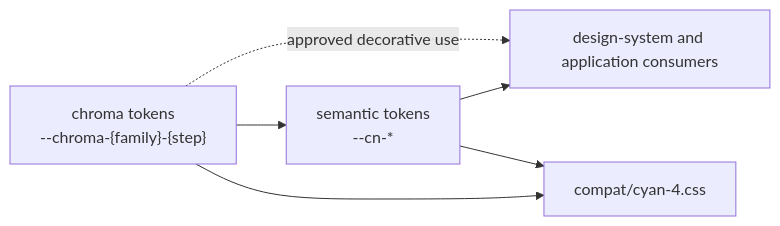
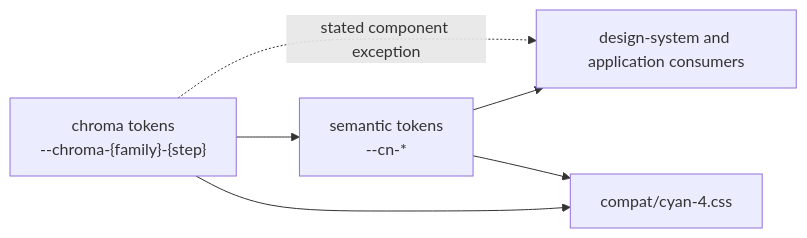
The diagram in specs/design-system/design-tokens/spec.md (villetakanen/pelilauta-social), drawn with Mermaid before and after one commit. The commit also changed other lines of this file and 4 other files, not shown here.

````diff
--- a/specs/design-system/design-tokens/spec.md
+++ b/specs/design-system/design-tokens/spec.md
@@ -30,13 +28,13 @@
 ```mermaid
 flowchart LR
   Chroma["chroma tokens<br/>--chroma-{family}-{step}"]
   Semantic["semantic tokens<br/>--cn-*"]
   Consumers["design-system and application consumers"]
   Compat["compat/cyan-4.css"]
 
   Chroma --> Semantic
   Semantic --> Consumers
-  Chroma -. approved decorative use .-> Consumers
+  Chroma -. stated component exception .-> Consumers
   Chroma --> Compat
   Semantic --> Compat
 ```
````
